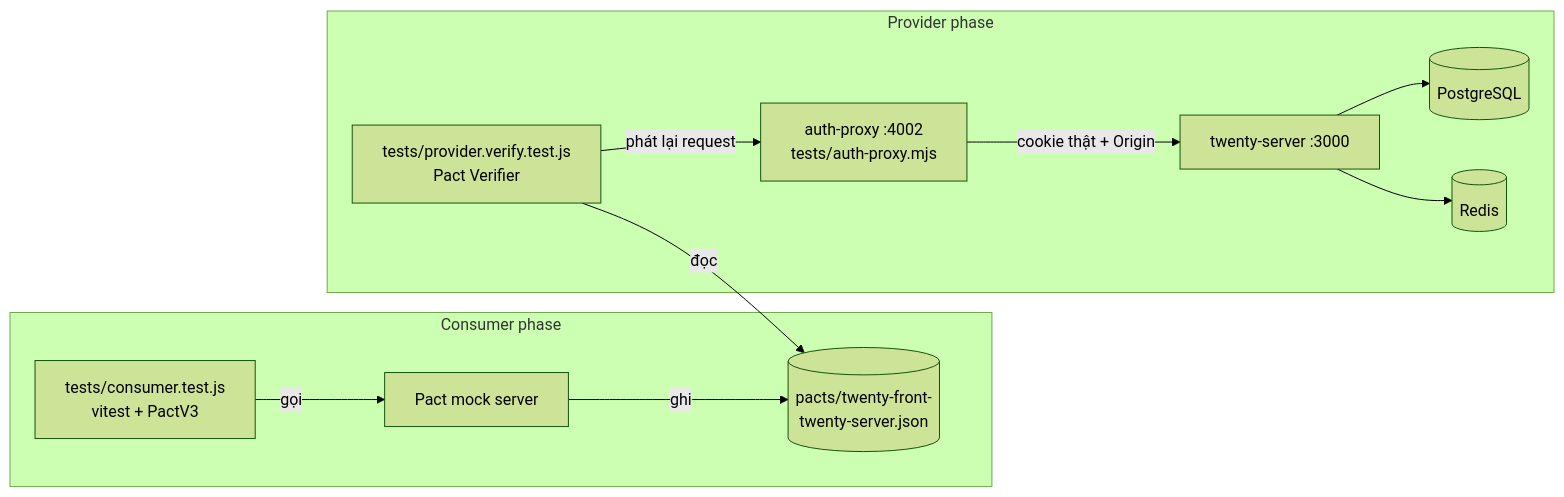
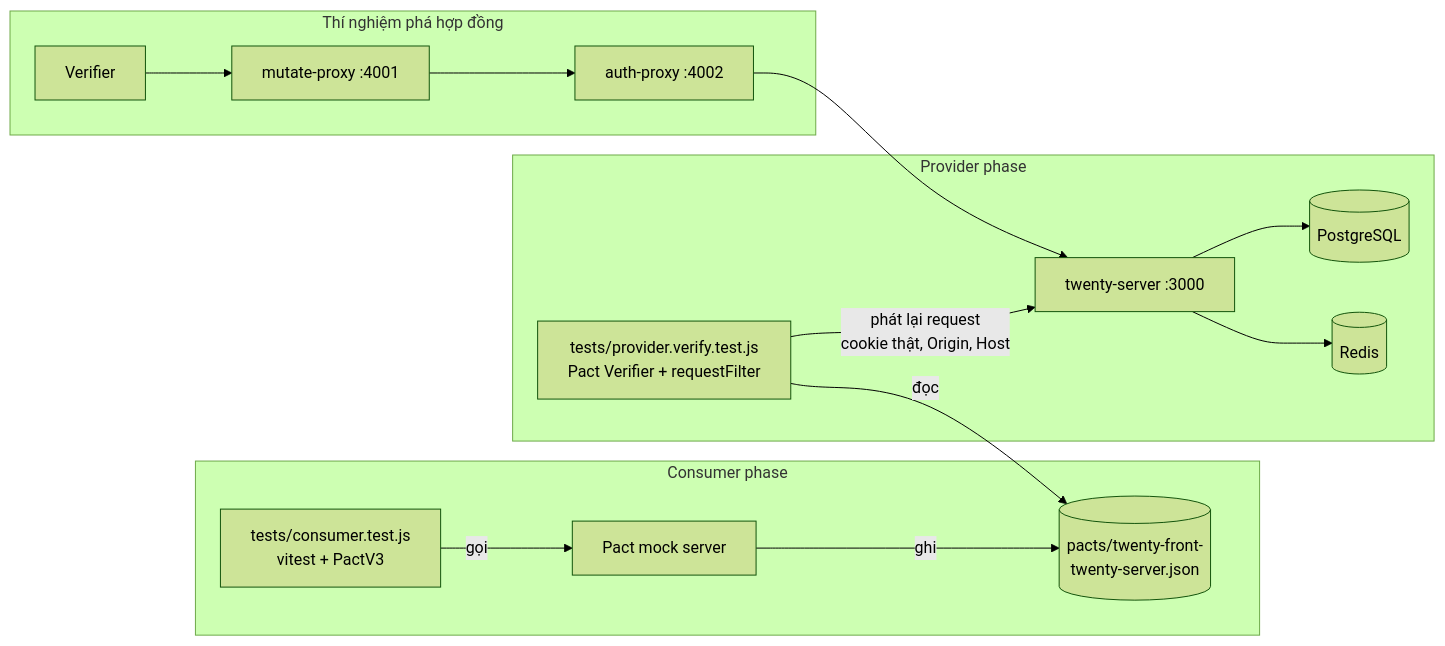
One commit to xuanmanhneee/twenty-pact-contract-testing changed the diagram in docs/architecture.md. Above: the diagram before and after it, drawn with Mermaid (forest theme). The commit also changed other lines of this file and 7 other files, not shown here.

````diff
--- a/docs/architecture.md
+++ b/docs/architecture.md
@@ -30,14 +30,18 @@
 ```mermaid
 flowchart LR
     subgraph Consumer phase
       CT[tests/consumer.test.js<br/>vitest + PactV3] -->|gọi| MS[Pact mock server]
       MS -->|ghi| PF[(pacts/twenty-front-<br/>twenty-server.json)]
     end
     subgraph Provider phase
-      V[tests/provider.verify.test.js<br/>Pact Verifier] -->|đọc| PF
-      V -->|phát lại request| AP[auth-proxy :4002<br/>tests/auth-proxy.mjs]
-      AP -->|cookie thật + Origin| S[twenty-server :3000]
+      V[tests/provider.verify.test.js<br/>Pact Verifier + requestFilter] -->|đọc| PF
+      V -->|phát lại request<br/>cookie thật, Origin, Host| S[twenty-server :3000]
       S --> DB[(PostgreSQL)]
       S --> R[(Redis)]
     end
+    subgraph Thí nghiệm phá hợp đồng
+      V2[Verifier] --> MP[mutate-proxy :4001]
+      MP --> AP[auth-proxy :4002]
+      AP --> S
+    end
 ```
````
